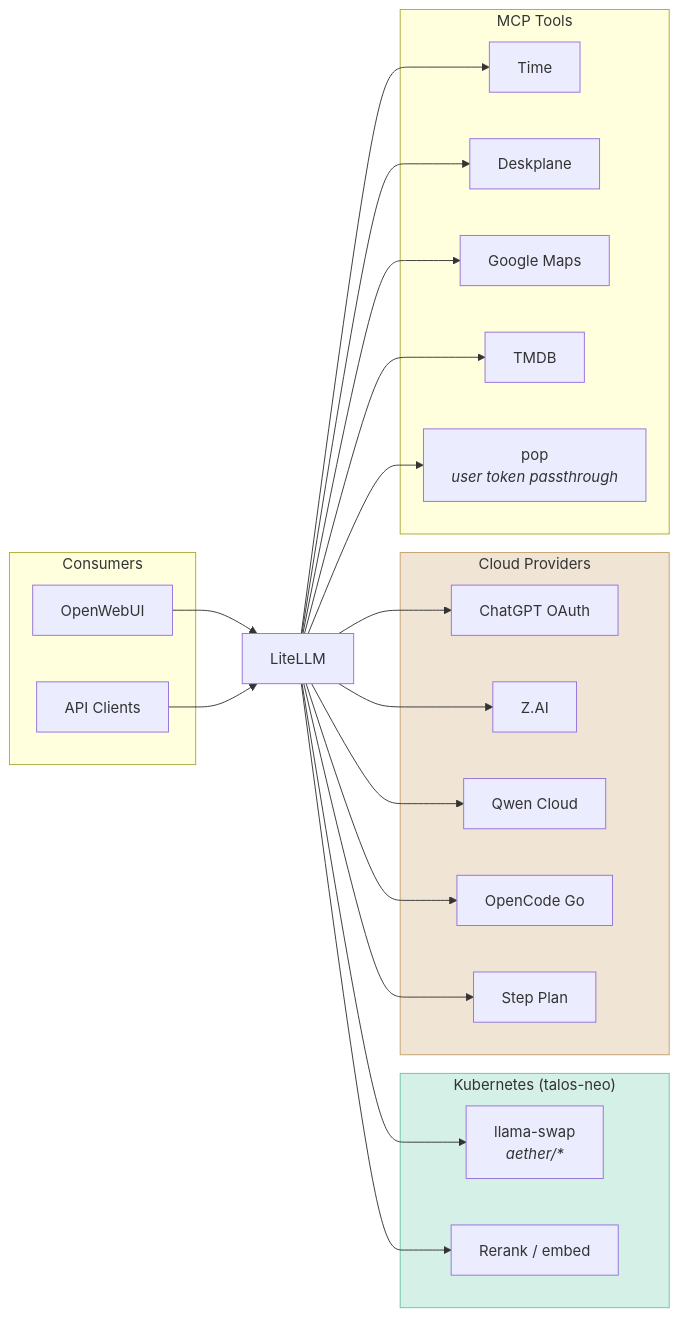
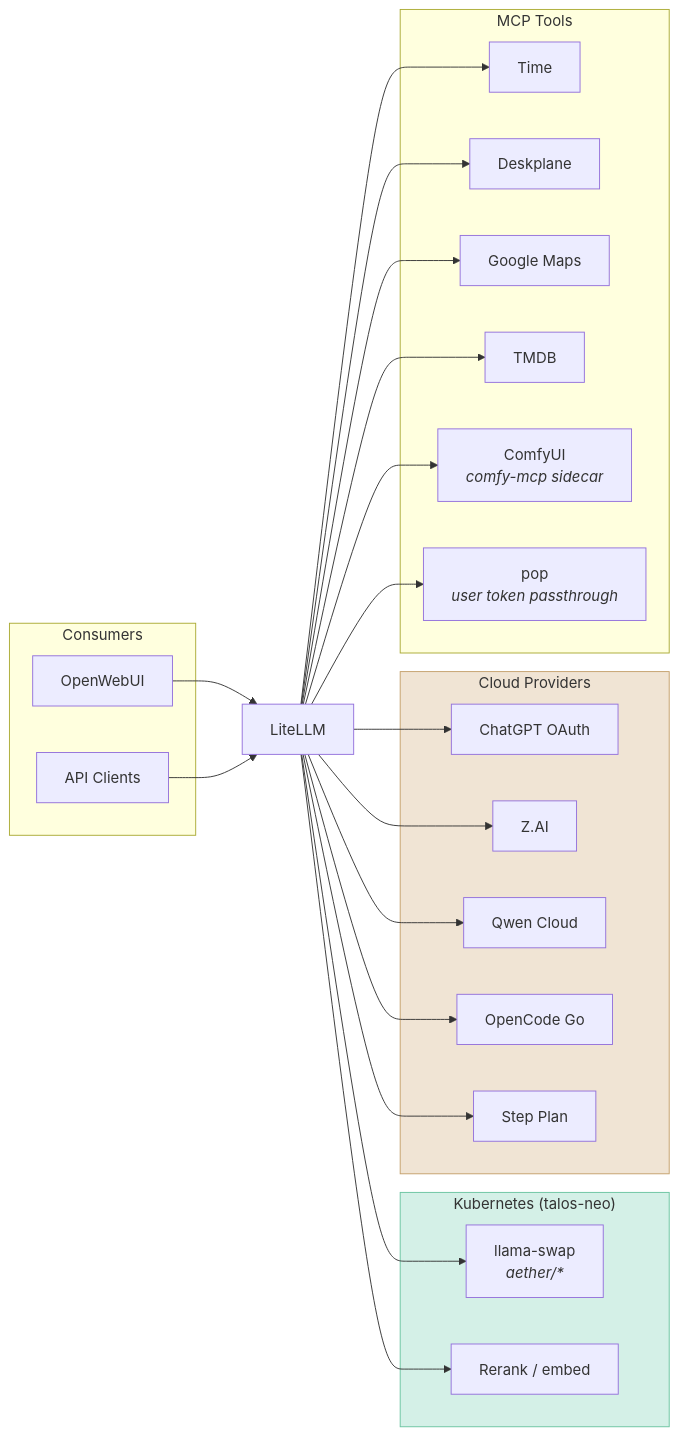
The diagram in docs/ai-ml.md (shedrachokonofua/aether), drawn with Mermaid before and after one commit. The commit also changed other lines of this file and 23 other files, not shown here.

Commit message:
docs: update operational architecture, exploration deprecations, and image engines research

````diff
--- a/docs/ai-ml.md
+++ b/docs/ai-ml.md
@@ -394,38 +413,39 @@
 ```mermaid
 flowchart LR
     subgraph Consumers
         OWUI[OpenWebUI]
         API[API Clients]
     end
 
     LLM[LiteLLM]
 
     subgraph K8s["Kubernetes (talos-neo)"]
         LS[llama-swap<br/><i>aether/*</i>]
         RR[Rerank / embed]
     end
 
     subgraph Cloud["Cloud Providers"]
         OAI[ChatGPT OAuth]
         ZAI[Z.AI]
         QWEN[Qwen Cloud]
         OCGO[OpenCode Go]
         STEP[Step Plan]
     end
 
     subgraph MCP["MCP Tools"]
         TIME[Time]
         DP[Deskplane]
         GMAPS[Google Maps]
         TMDB[TMDB]
+        COMFY[ComfyUI<br/><i>comfy-mcp sidecar</i>]
         POP[pop<br/><i>user token passthrough</i>]
     end
 
     OWUI & API --> LLM
     LLM --> LS & RR
     LLM --> OAI & ZAI & QWEN & OCGO & STEP
-    LLM --> TIME & DP & GMAPS & TMDB & POP
+    LLM --> TIME & DP & GMAPS & TMDB & COMFY & POP
 
     style K8s fill:#d4f0e7,stroke:#6ac4a0
     style Cloud fill:#f0e4d4,stroke:#c4a06a
 ```
````
